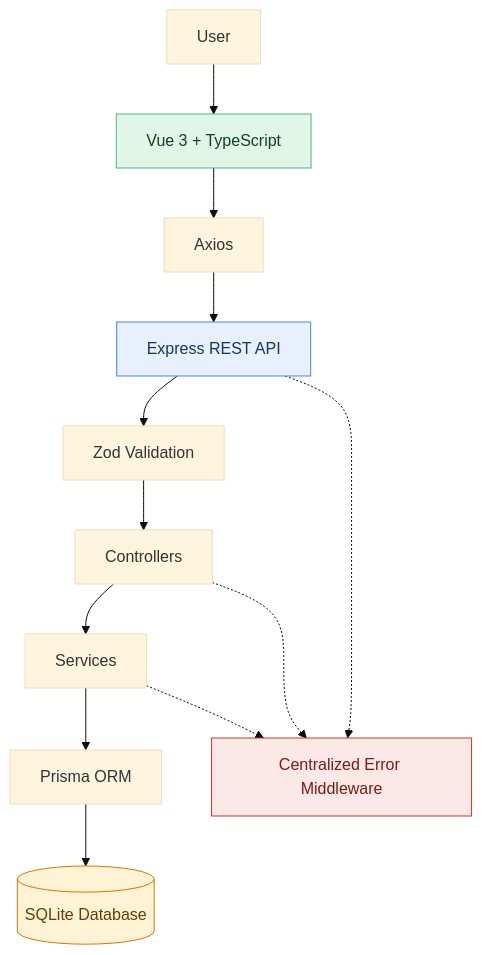
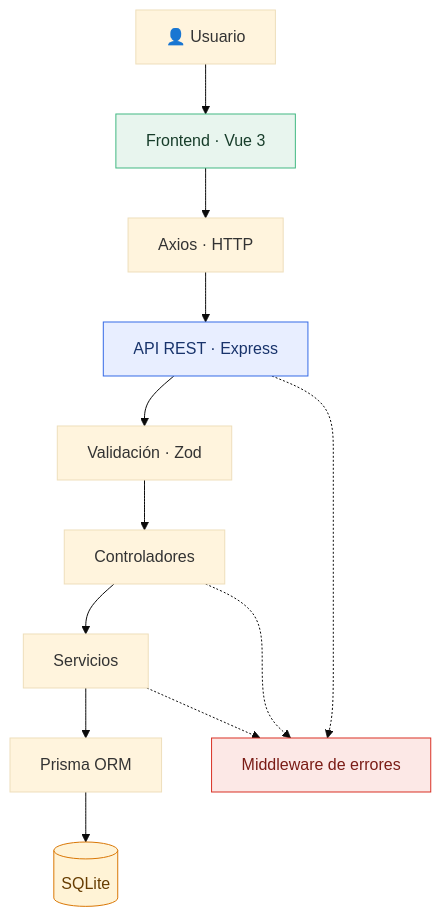
The diagram in README.md (axelchagollan07/gestor-clientes-crud), drawn with Mermaid (base theme) before and after one commit. The commit also changed other lines of this file, not shown here.

````diff
--- a/README.md
+++ b/README.md
@@ -65,20 +78,20 @@
 ```mermaid
 flowchart TD
-    U["User"] --> FE["Vue 3 + TypeScript"]
-    FE --> AX["Axios"]
-    AX --> API["Express REST API"]
-    API --> VAL["Zod Validation"]
-    VAL --> CTRL["Controllers"]
-    CTRL --> SVC["Services"]
+    U["👤 Usuario"] --> FE["Frontend · Vue 3"]
+    FE --> AX["Axios · HTTP"]
+    AX --> API["API REST · Express"]
+    API --> VAL["Validación · Zod"]
+    VAL --> CTRL["Controladores"]
+    CTRL --> SVC["Servicios"]
     SVC --> ORM["Prisma ORM"]
-    ORM --> DB[("SQLite Database")]
+    ORM --> DB[("SQLite")]
 
-    API -.-> ERR["Centralized Error Middleware"]
+    API -.-> ERR["Middleware de errores"]
     CTRL -.-> ERR
     SVC -.-> ERR
 
-    style FE fill:#E1F5E9,stroke:#42B883,color:#173D2A
-    style API fill:#E8F0FE,stroke:#4285F4,color:#17365D
+    style FE fill:#E8F5EE,stroke:#42B883,color:#173D2A
+    style API fill:#E8EEFF,stroke:#356AE6,color:#18336B
     style DB fill:#FFF3D6,stroke:#D97706,color:#663C00
     style ERR fill:#FCE8E6,stroke:#D93025,color:#7A1C16
 ```
````
